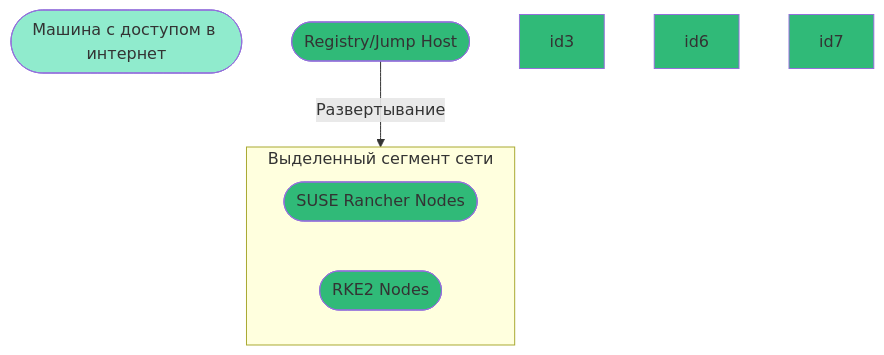
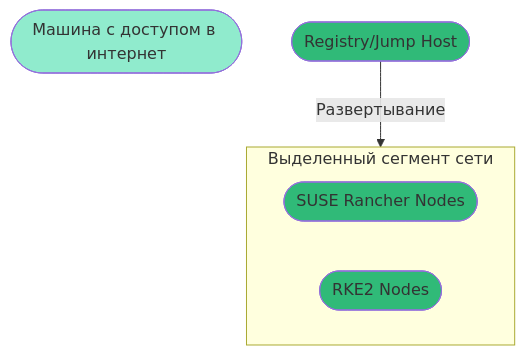
The diagram in README.md (ppzhukov/airgap-10.2022), drawn with Mermaid before and after one commit.

````diff
--- a/README.md
+++ b/README.md
@@ -5,19 +5,15 @@
 ```mermaid
 flowchart TB
 style id1 fill:#90EBCD
 style id2 fill:#30BA78
 style id3 fill:#30BA78
 style id4 fill:#30BA78
-style id5 fill:#30BA78
-style id6 fill:#30BA78
-style id7 fill:#30BA78
-
 
   id1([Машина с доступом в интернет])
   id2(["Registry/Jump Host"])
   id2 --> |Развертывание| d30
   subgraph d30 ["Выделенный сегмент сети"]
-    id4([SUSE Rancher Nodes])
-    id5([RKE2 Nodes])
+    id3([SUSE Rancher Nodes])
+    id4([RKE2 Nodes])
   end
 ```
````
